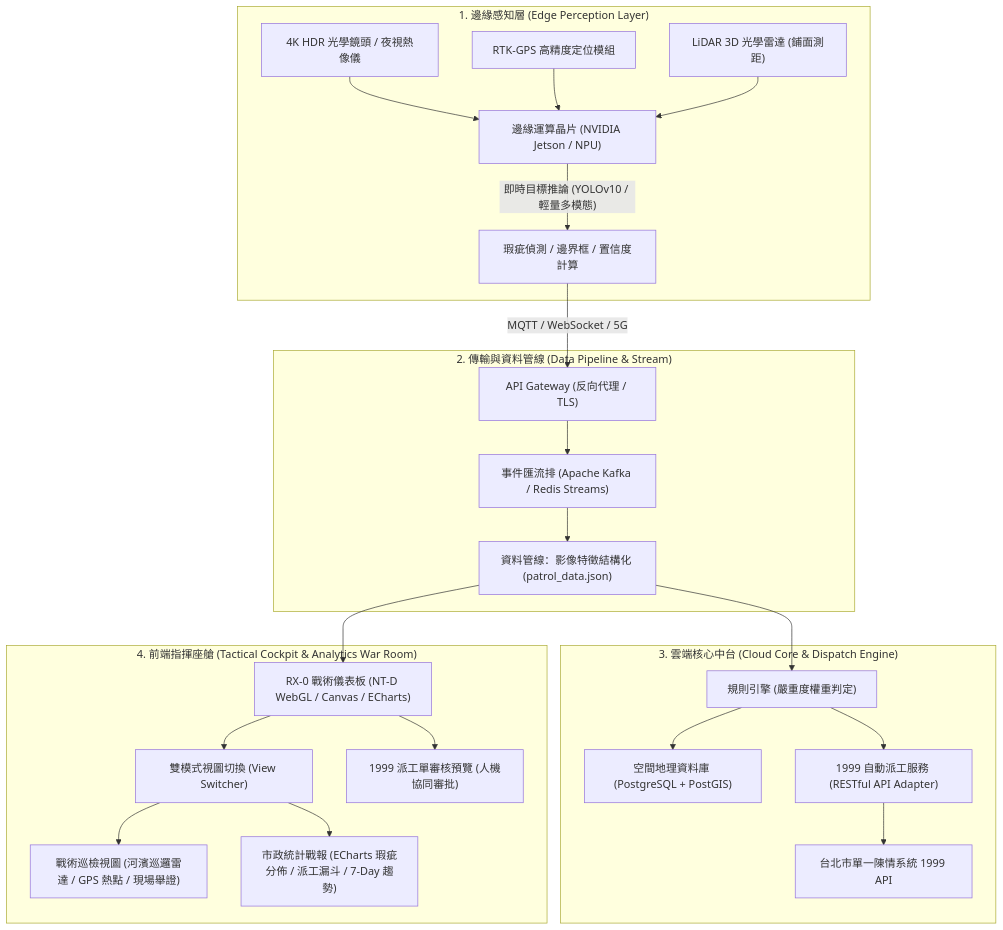
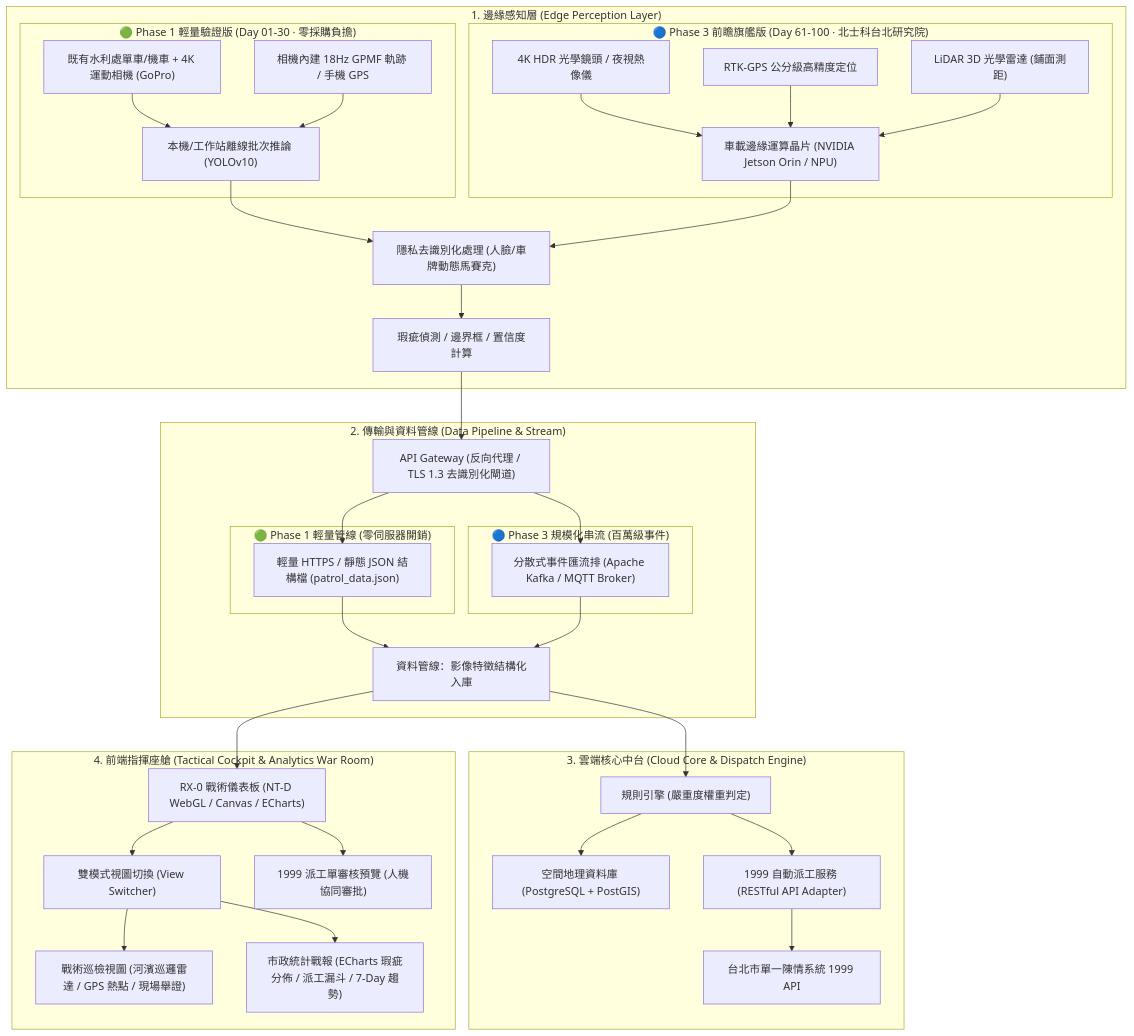
The first of 2 diagrams in SYSTEM_PROPOSAL.md (Reinhard0114/RX-0), drawn with Mermaid before and after one commit. The commit also changed other lines of this file and 6 other files, not shown here.

First line of the commit message:
feat: 戰情室數據動態連動、圓餅圖標籤優化、綠光選取高亮與企劃書隱私雙軌架構

````diff
--- a/SYSTEM_PROPOSAL.md
+++ b/SYSTEM_PROPOSAL.md
@@ -39,30 +40,51 @@
 ```mermaid
 flowchart TB
     subgraph Layer1["1. 邊緣感知層 (Edge Perception Layer)"]
-        Cam["4K HDR 光學鏡頭 / 夜視熱像儀"] --> EdgeBox["邊緣運算晶片 (NVIDIA Jetson / NPU)"]
-        RTK["RTK-GPS 高精度定位模組"] --> EdgeBox
-        LIDAR["LiDAR 3D 光學雷達 (鋪面測距)"] --> EdgeBox
-        EdgeBox -->|"即時目標推論 (YOLOv10 / 輕量多模態)"| Inference["瑕疵偵測 / 邊界框 / 置信度計算"]
+        subgraph L1_P1["🟢 Phase 1 輕量驗證版 (Day 01-30 · 零採購負擔)"]
+            GoPro["既有水利處單車/機車 + 4K 運動相機 (GoPro)"]
+            GPMF["相機內建 18Hz GPMF 軌跡 / 手機 GPS"]
+            EdgePC["本機/工作站離線批次推論 (YOLOv10)"]
+            GoPro --> EdgePC
+            GPMF --> EdgePC
+        end
+        subgraph L1_P3["🔵 Phase 3 前瞻旗艦版 (Day 61-100 · 北士科台北研究院)"]
+            CamP3["4K HDR 光學鏡頭 / 夜視熱像儀"]
+            RTK["RTK-GPS 公分級高精度定位"]
+            LIDAR["LiDAR 3D 光學雷達 (鋪面測距)"]
+            Jetson["車載邊緣運算晶片 (NVIDIA Jetson Orin / NPU)"]
+            CamP3 --> Jetson
+            RTK --> Jetson
+            LIDAR --> Jetson
+        end
+        EdgePC --> Anonymize["隱私去識別化處理 (人臉/車牌動態馬賽克)"]
+        Jetson --> Anonymize
+        Anonymize --> Inference["瑕疵偵測 / 邊界框 / 置信度計算"]
     end
 
     subgraph Layer2["2. 傳輸與資料管線 (Data Pipeline & Stream)"]
-        Inference -->|"MQTT / WebSocket / 5G"| Gateway["API Gateway (反向代理 / TLS)"]
-        Gateway --> EventBus["事件匯流排 (Apache Kafka / Redis Streams)"]
-        EventBus --> Ingestion["資料管線：影像特徵結構化 (patrol_data.json)"]
+        Inference --> Gateway["API Gateway (反向代理 / TLS 1.3 去識別化閘道)"]
+        subgraph L2_P1["🟢 Phase 1 輕量管線 (零伺服器開銷)"]
+            P1Bus["輕量 HTTPS / 靜態 JSON 結構檔 (patrol_data.json)"]
+        end
+        subgraph L2_P3["🔵 Phase 3 規模化串流 (百萬級事件)"]
+            P3Bus["分散式事件匯流排 (Apache Kafka / MQTT Broker)"]
+        end
+        Gateway --> P1Bus --> Ingestion["資料管線：影像特徵結構化入庫"]
+        Gateway --> P3Bus --> Ingestion
     end
 
     subgraph Layer3["3. 雲端核心中台 (Cloud Core & Dispatch Engine)"]
         Ingestion --> RuleEngine["規則引擎 (嚴重度權重判定)"]
         RuleEngine --> GeoDB["空間地理資料庫 (PostgreSQL + PostGIS)"]
         RuleEngine --> DispatchService["1999 自動派工服務 (RESTful API Adapter)"]
         DispatchService --> Taipei1999["台北市單一陳情系統 1999 API"]
     end
 
     subgraph Layer4["4. 前端指揮座艙 (Tactical Cockpit & Analytics War Room)"]
         Ingestion --> CockpitUI["RX-0 戰術儀表板 (NT-D WebGL / Canvas / ECharts)"]
         CockpitUI --> ViewNav["雙模式視圖切換 (View Switcher)"]
         ViewNav --> RadarHUD["戰術巡檢視圖 (河濱巡邏雷達 / GPS 熱點 / 現場舉證)"]
         ViewNav --> AnalyticsHUD["市政統計戰報 (ECharts 瑕疵分佈 / 派工漏斗 / 7-Day 趨勢)"]
         CockpitUI --> TicketModal["1999 派工單審核預覽 (人機協同審批)"]
     end
 ```
````
